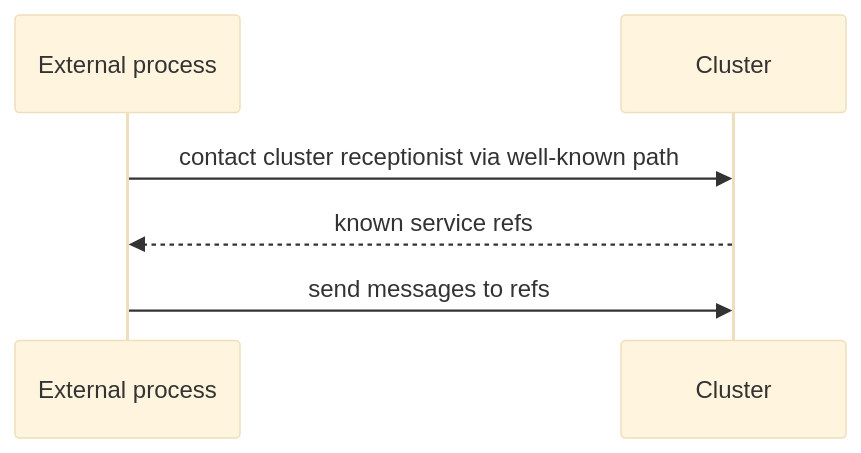
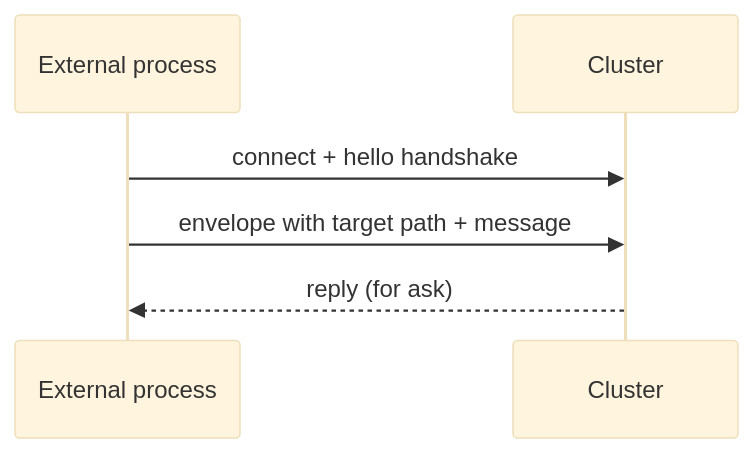
The diagram in docs/src/content/docs/cluster/cluster-client.mdx (pathosDev/actor-ts), drawn with Mermaid (base theme) before and after one commit. The commit also changed other lines of this file and 79 other files, not shown here.

````diff
--- a/docs/src/content/docs/cluster/cluster-client.mdx
+++ b/docs/src/content/docs/cluster/cluster-client.mdx
@@ -44,8 +44,8 @@
 ```mermaid
 sequenceDiagram
   participant Ext as External process
   participant Cluster
-  Ext->>Cluster: contact cluster receptionist via well-known path
-  Cluster-->>Ext: known service refs
-  Ext->>Cluster: send messages to refs
+  Ext->>Cluster: connect + hello handshake
+  Ext->>Cluster: envelope with target path + message
+  Cluster-->>Ext: reply (for ask)
 ```
````
